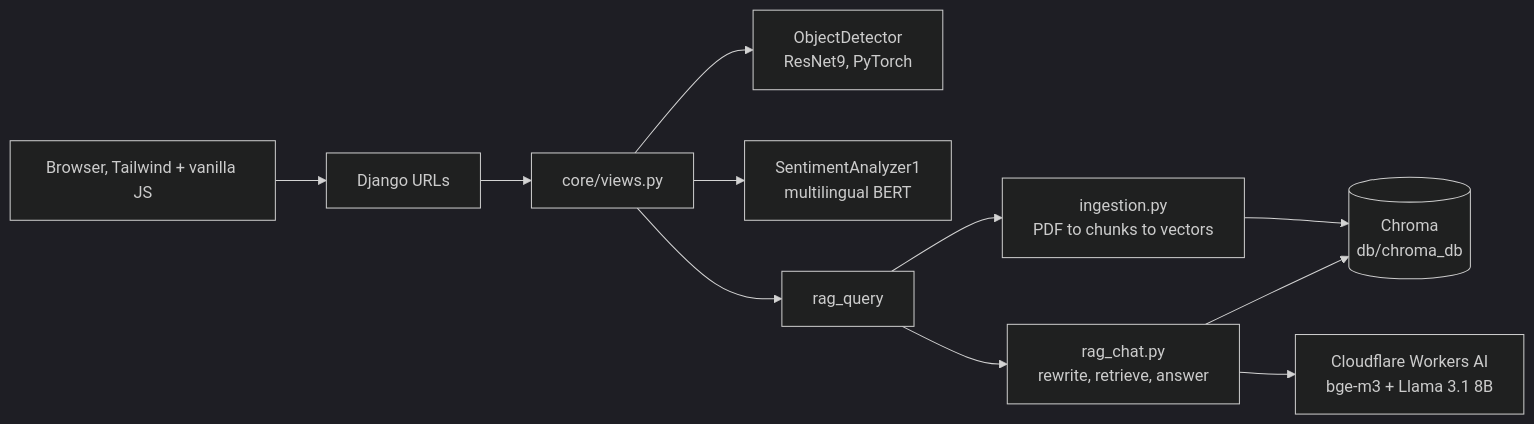
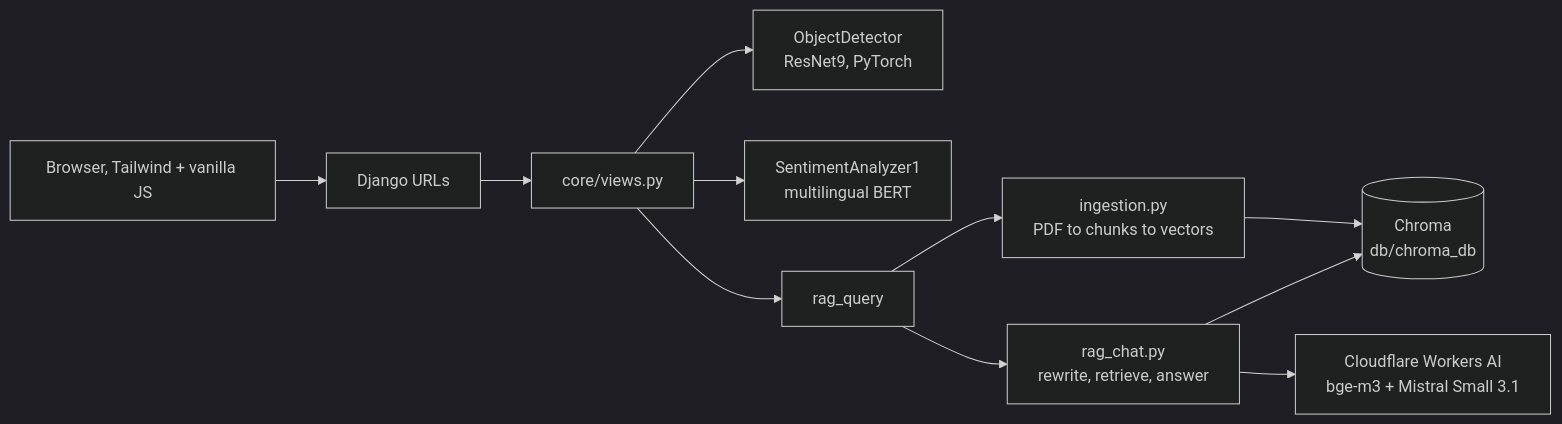
Before and after one commit to hakimLyon/E-VIE-chatbot: the diagram in README.md, drawn with Mermaid (dark theme). The commit also changed other lines of this file and 2 other files, not shown here.

Commit message:
Switch chat model to Mistral Small 3.1

````diff
--- a/README.md
+++ b/README.md
@@ -20,13 +20,13 @@
 ```mermaid
 flowchart LR
     B[Browser, Tailwind + vanilla JS] --> U[Django URLs]
     U --> V[core/views.py]
     V --> D[ObjectDetector<br/>ResNet9, PyTorch]
     V --> S[SentimentAnalyzer1<br/>multilingual BERT]
     V --> R[rag_query]
     R --> I[ingestion.py<br/>PDF to chunks to vectors]
     R --> Q[rag_chat.py<br/>rewrite, retrieve, answer]
     I --> C[(Chroma<br/>db/chroma_db)]
     Q --> C
-    Q --> O[Cloudflare Workers AI<br/>bge-m3 + Llama 3.1 8B]
+    Q --> O[Cloudflare Workers AI<br/>bge-m3 + Mistral Small 3.1]
 ```
````
